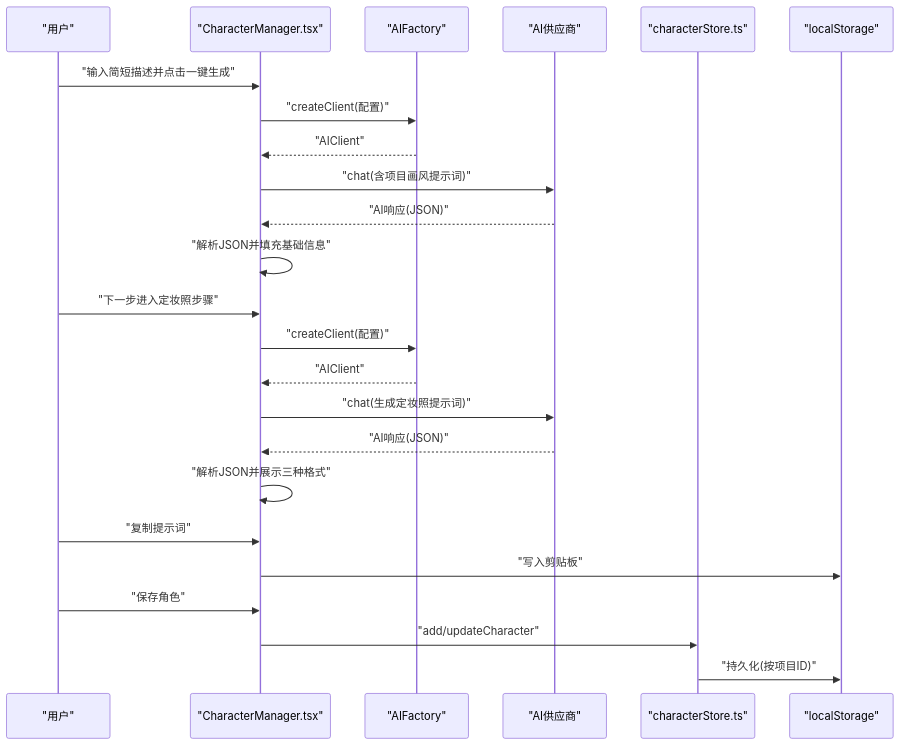
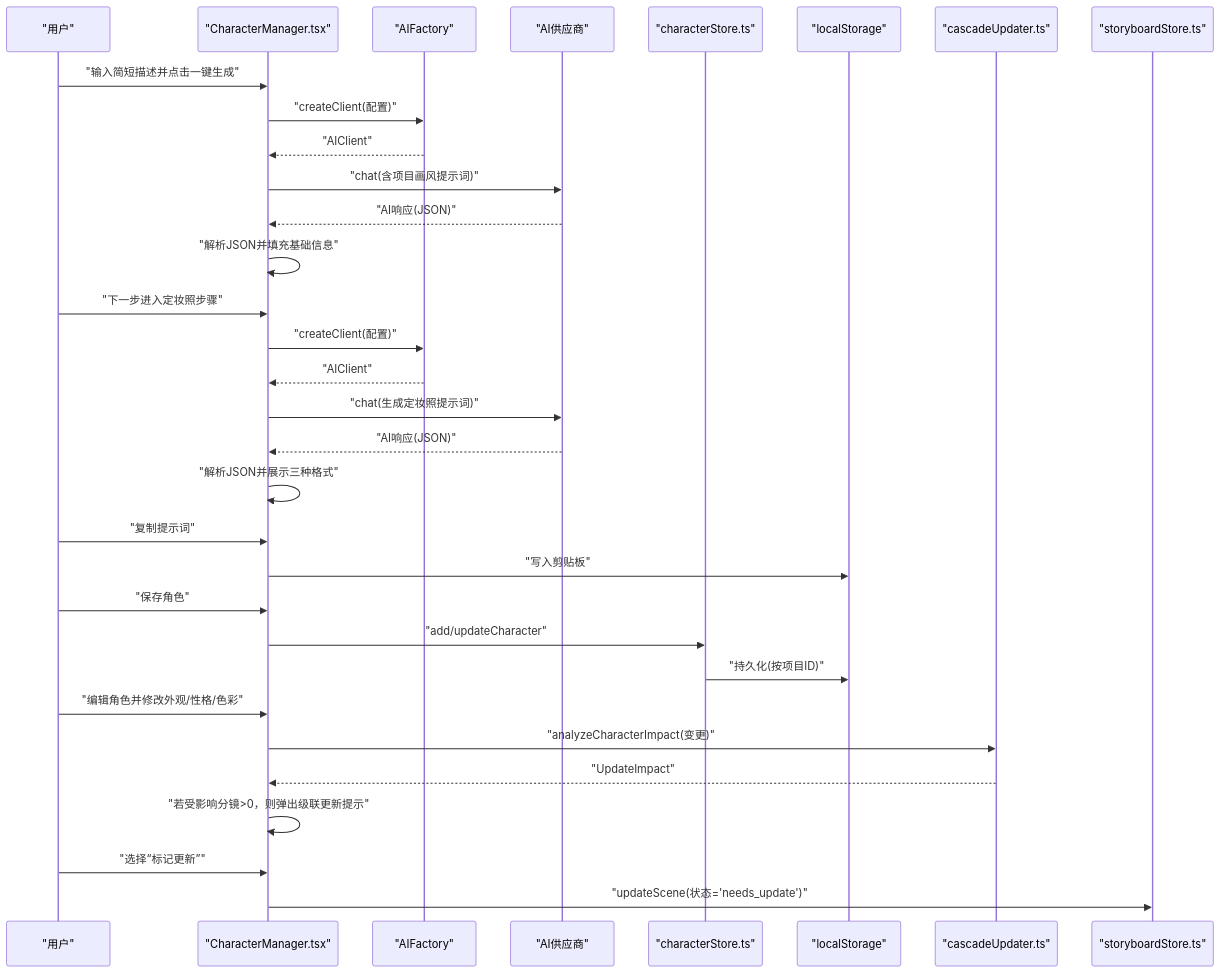
Before and after one commit to leonaiuv/aixsss: the second of 5 diagrams in .qoder/repowiki/zh/content/核心功能详解/角色管理.md, drawn with Mermaid. The commit also changed other lines of this file and 5 other files, not shown here.

````diff
--- a/.qoder/repowiki/zh/content/核心功能详解/角色管理.md
+++ b/.qoder/repowiki/zh/content/核心功能详解/角色管理.md
@@ -94,26 +120,34 @@
 ```mermaid
 sequenceDiagram
 participant U as "用户"
 participant C as "CharacterManager.tsx"
 participant F as "AIFactory"
 participant P as "AI供应商"
 participant S as "characterStore.ts"
 participant L as "localStorage"
+participant CU as "cascadeUpdater.ts"
+participant SB as "storyboardStore.ts"
 U->>C : "输入简短描述并点击一键生成"
 C->>F : "createClient(配置)"
 F-->>C : "AIClient"
 C->>P : "chat(含项目画风提示词)"
 P-->>C : "AI响应(JSON)"
 C->>C : "解析JSON并填充基础信息"
 U->>C : "下一步进入定妆照步骤"
 C->>F : "createClient(配置)"
 F-->>C : "AIClient"
 C->>P : "chat(生成定妆照提示词)"
 P-->>C : "AI响应(JSON)"
 C->>C : "解析JSON并展示三种格式"
 U->>C : "复制提示词"
 C->>L : "写入剪贴板"
 U->>C : "保存角色"
 C->>S : "add/updateCharacter"
 S->>L : "持久化(按项目ID)"
+U->>C : "编辑角色并修改外观/性格/色彩"
+C->>CU : "analyzeCharacterImpact(变更)"
+CU-->>C : "UpdateImpact"
+C->>C : "若受影响分镜>0，则弹出级联更新提示"
+U->>C : "选择“标记更新”"
+C->>SB : "updateScene(状态='needs_update')"
 ```
````
